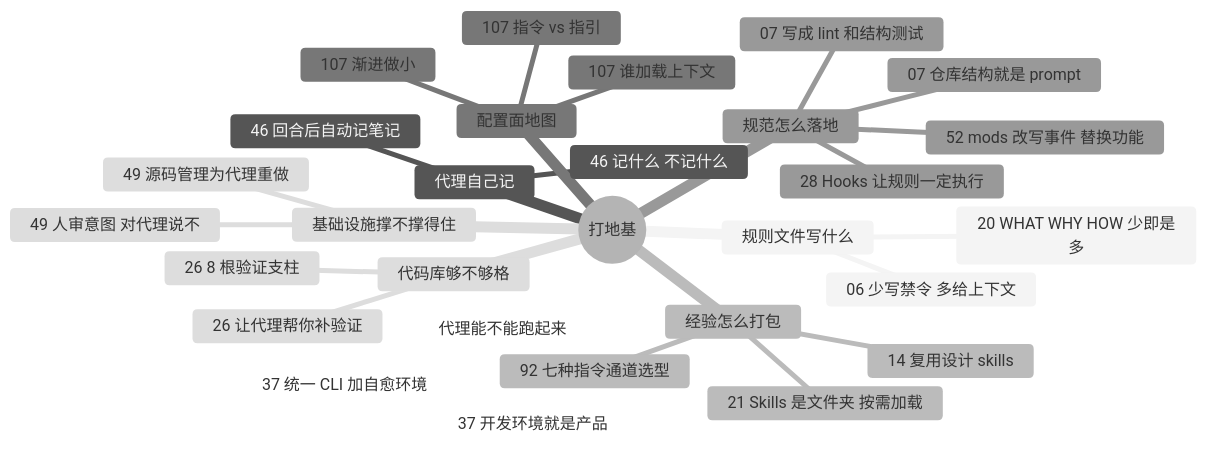
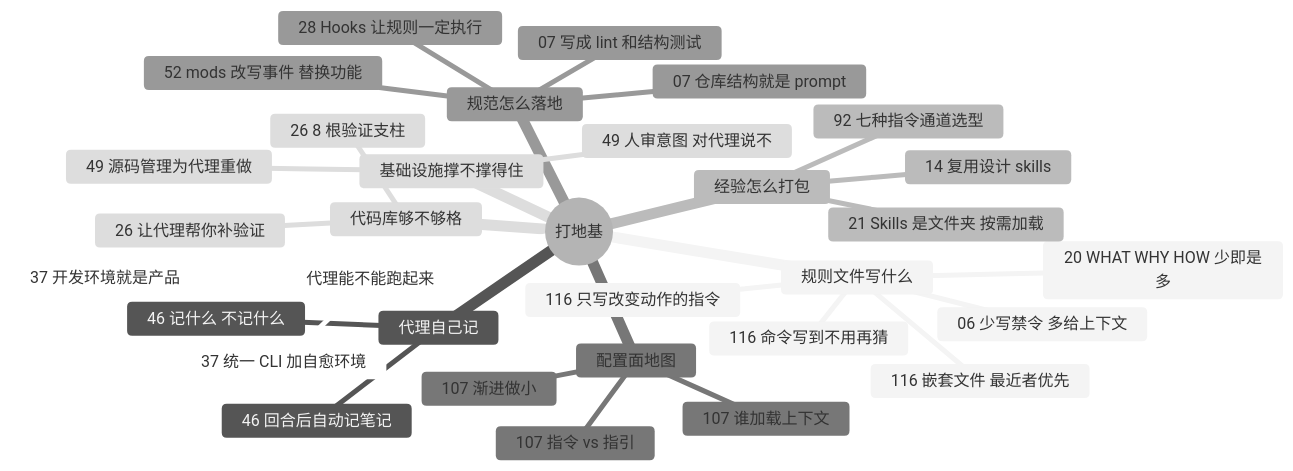
The diagram in docs/guide/foundation.md (yzw7489757/ai-coding-videos), drawn with Mermaid (neutral theme) before and after one commit. The commit also changed other lines of this file and 17 other files, not shown here.

````diff
--- a/docs/guide/foundation.md
+++ b/docs/guide/foundation.md
@@ -13,32 +13,35 @@
 ```mermaid
 mindmap
   root((打地基))
     规则文件写什么
       20 WHAT WHY HOW 少即是多
       06 少写禁令 多给上下文
+      116 只写改变动作的指令
+      116 命令写到不用再猜
+      116 嵌套文件 最近者优先
     代理自己记
       46 回合后自动记笔记
       46 记什么 不记什么
     经验怎么打包
       21 Skills 是文件夹 按需加载
       14 复用设计 skills
       92 七种指令通道选型
     配置面地图
       107 指令 vs 指引
       107 谁加载上下文
       107 渐进做小
     规范怎么落地
       07 写成 lint 和结构测试
       07 仓库结构就是 prompt
       28 Hooks 让规则一定执行
       52 mods 改写事件 替换功能
     代码库够不够格
       26 8 根验证支柱
       26 让代理帮你补验证
     代理能不能跑起来
       37 开发环境就是产品
       37 统一 CLI 加自愈环境
     基础设施撑不撑得住
       49 源码管理为代理重做
       49 人审意图 对代理说不
 ```
````
